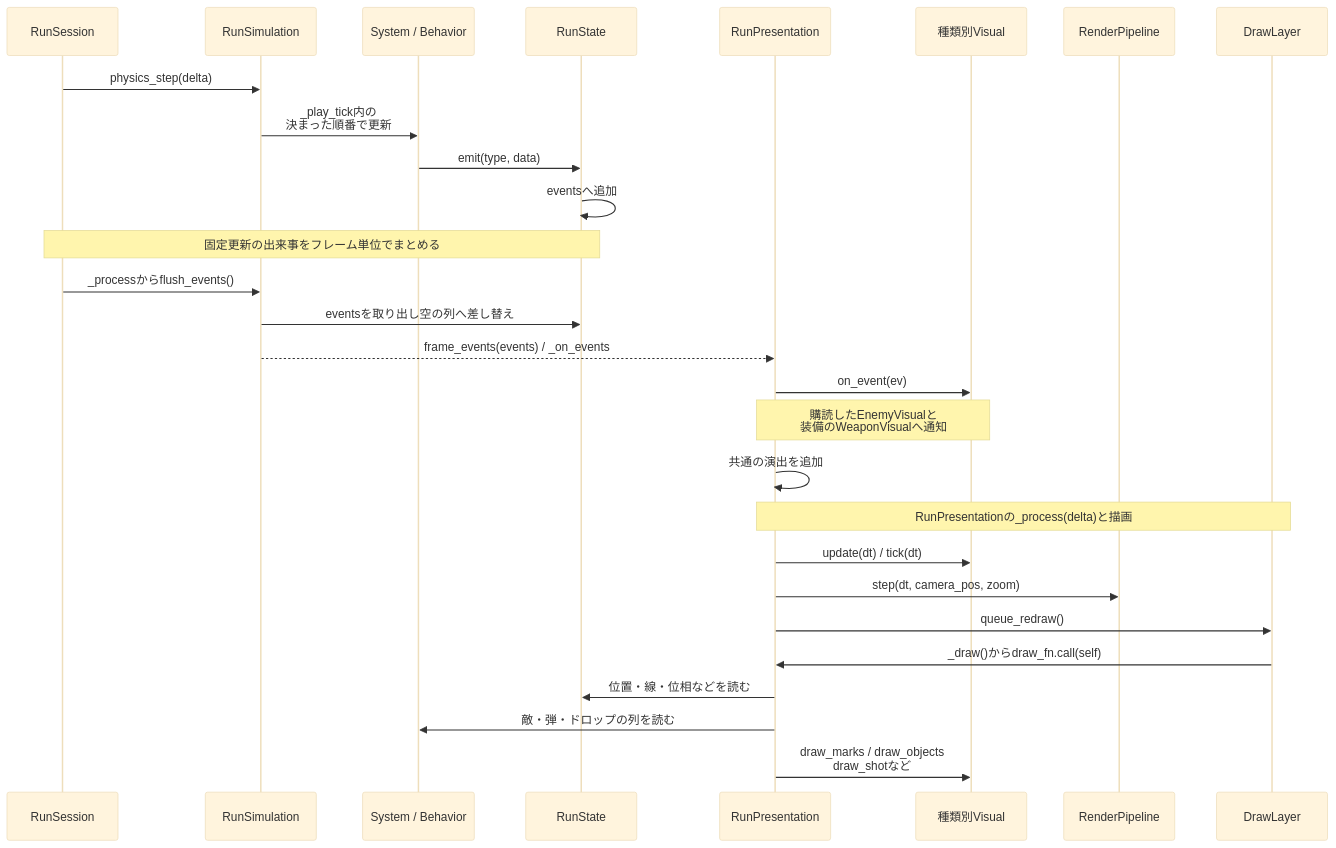
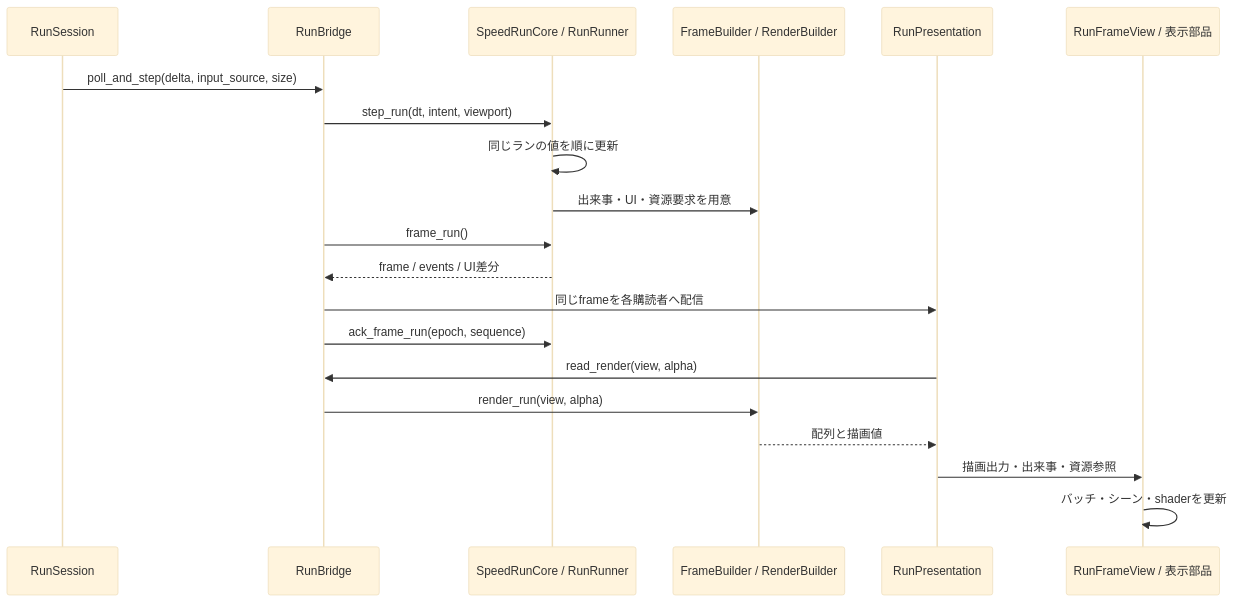
One commit to Tomatoguy1029/speed changed the fourth of 4 diagrams in docs/architecture.md. Above: the diagram before and after it, drawn with Mermaid (base theme). The commit also changed other lines of this file and 3 other files, not shown here.

````diff
--- a/docs/architecture.md
+++ b/docs/architecture.md
@@ -640,30 +461,22 @@
 ```mermaid
 sequenceDiagram
   participant S as RunSession
-  participant Sim as RunSimulation
-  participant Logic as System / Behavior
-  participant State as RunState
+  participant B as RunBridge
+  participant C as SpeedRunCore / RunRunner
+  participant O as FrameBuilder / RenderBuilder
   participant P as RunPresentation
-  participant V as 種類別Visual
-  participant Pipe as RenderPipeline
-  participant L as DrawLayer
-  S->>Sim: physics_step(delta)
-  Sim->>Logic: _play_tick内の<br/>決まった順番で更新
-  Logic->>State: emit(type, data)
-  State->>State: eventsへ追加
-  Note over S,State: 固定更新の出来事をフレーム単位でまとめる
-  S->>Sim: _processからflush_events()
-  Sim->>State: eventsを取り出し空の列へ差し替え
-  Sim-->>P: frame_events(events) / _on_events
-  P->>V: on_event(ev)
-  Note over P,V: 購読したEnemyVisualと<br/>装備のWeaponVisualへ通知
-  P->>P: 共通の演出を追加
-  Note over P,L: RunPresentationの_process(delta)と描画
-  P->>V: update(dt) / tick(dt)
-  P->>Pipe: step(dt, camera_pos, zoom)
-  P->>L: queue_redraw()
-  L->>P: _draw()からdraw_fn.call(self)
-  P->>State: 位置・線・位相などを読む
-  P->>Logic: 敵・弾・ドロップの列を読む
-  P->>V: draw_marks / draw_objects<br/>draw_shotなど
+  participant V as RunFrameView / 表示部品
+  S->>B: poll_and_step(delta, input_source, size)
+  B->>C: step_run(dt, intent, viewport)
+  C->>C: 同じランの値を順に更新
+  C->>O: 出来事・UI・資源要求を用意
+  B->>C: frame_run()
+  C-->>B: frame / events / UI差分
+  B->>P: 同じframeを各購読者へ配信
+  B->>C: ack_frame_run(epoch, sequence)
+  P->>B: read_render(view, alpha)
+  B->>O: render_run(view, alpha)
+  O-->>P: 配列と描画値
+  P->>V: 描画出力・出来事・資源参照
+  V->>V: バッチ・シーン・shaderを更新
 ```
````
